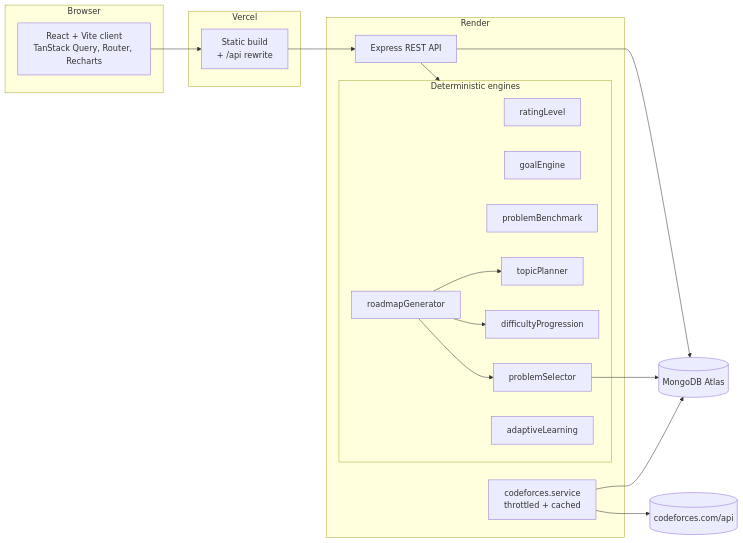
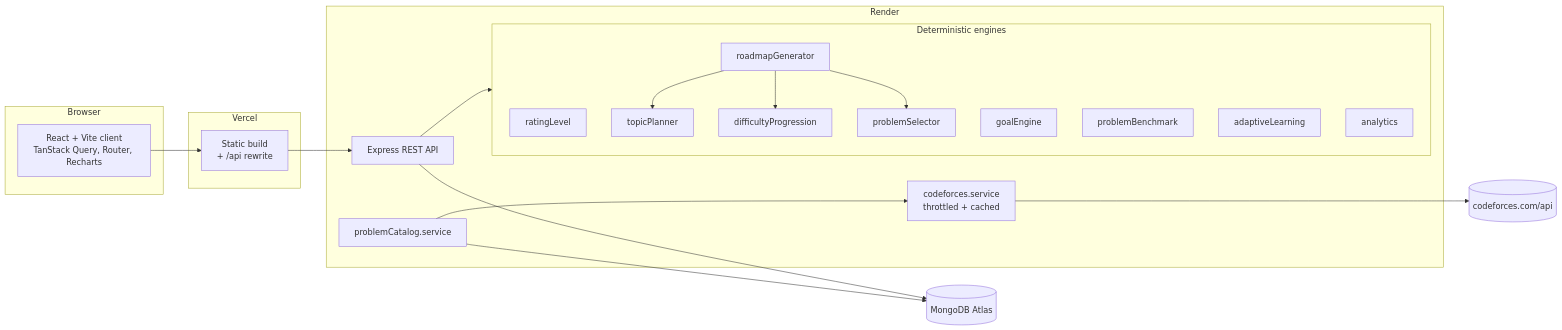
One commit to Rohanxploit/CODEFORCES-GROWTH-PLANNER changed the diagram in docs/ARCHITECTURE.md. Above: the diagram before and after it, drawn with Mermaid. The commit also changed other lines of this file and 21 other files, not shown here.

````diff
--- a/docs/ARCHITECTURE.md
+++ b/docs/ARCHITECTURE.md
@@ -9,33 +5,34 @@
 ```mermaid
 flowchart LR
   subgraph Browser
     UI[React + Vite client<br/>TanStack Query, Router, Recharts]
   end
   subgraph Vercel
     Static[Static build<br/>+ /api rewrite]
   end
   subgraph Render
     API[Express REST API]
     subgraph Engines[Deterministic engines]
       RL[ratingLevel]
       GE[goalEngine]
       PB[problemBenchmark]
       TP[topicPlanner]
       DP[difficultyProgression]
       PS[problemSelector]
       RG[roadmapGenerator]
       AL[adaptiveLearning]
+      AN[analytics]
     end
     CF[codeforces.service<br/>throttled + cached]
+    CAT[problemCatalog.service]
   end
   DB[(MongoDB Atlas)]
   CFAPI[(codeforces.com/api)]
 
   UI --> Static --> API
   API --> Engines
   API --> DB
   RG --> TP & DP & PS
-  PS --> DB
-  CF --> CFAPI
-  CF --> DB
+  CAT --> CF --> CFAPI
+  CAT --> DB
 ```
````
